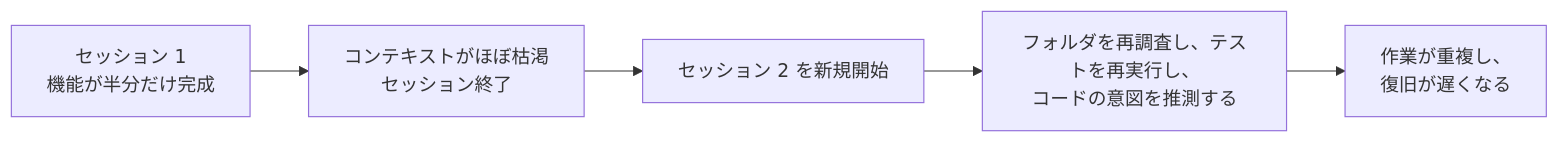
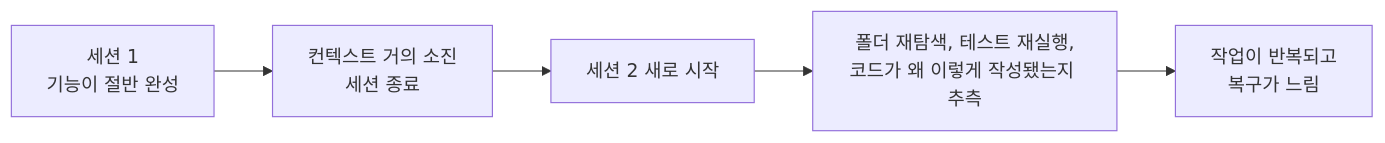
The first of 2 diagrams in docs/ko/lectures/lecture-05-why-long-running-tasks-lose-continuity/index.md (mkusaka/learn-harness-engineering), drawn with Mermaid before and after one commit. The commit also changed other lines of this file and 684 other files, not shown here.

````diff
--- a/docs/ko/lectures/lecture-05-why-long-running-tasks-lose-continuity/index.md
+++ b/docs/ko/lectures/lecture-05-why-long-running-tasks-lose-continuity/index.md
@@ -26,7 +26,7 @@
 ```mermaid
 flowchart LR
-    S1["セッション 1<br/>機能が半分だけ完成"] --> End1["コンテキストがほぼ枯渇<br/>セッション終了"]
-    End1 --> S2["セッション 2 を新規開始"]
-    S2 --> Guess["フォルダを再調査し、テストを再実行し、<br/>コードの意図を推測する"]
-    Guess --> Drift["作業が重複し、<br/>復旧が遅くなる"]
+    S1["세션 1<br/>기능이 절반 완성"] --> End1["컨텍스트 거의 소진<br/>세션 종료"]
+    End1 --> S2["세션 2 새로 시작"]
+    S2 --> Guess["폴더 재탐색, 테스트 재실행,<br/>코드가 왜 이렇게 작성됐는지 추측"]
+    Guess --> Drift["작업이 반복되고<br/>복구가 느림"]
 ```
````
